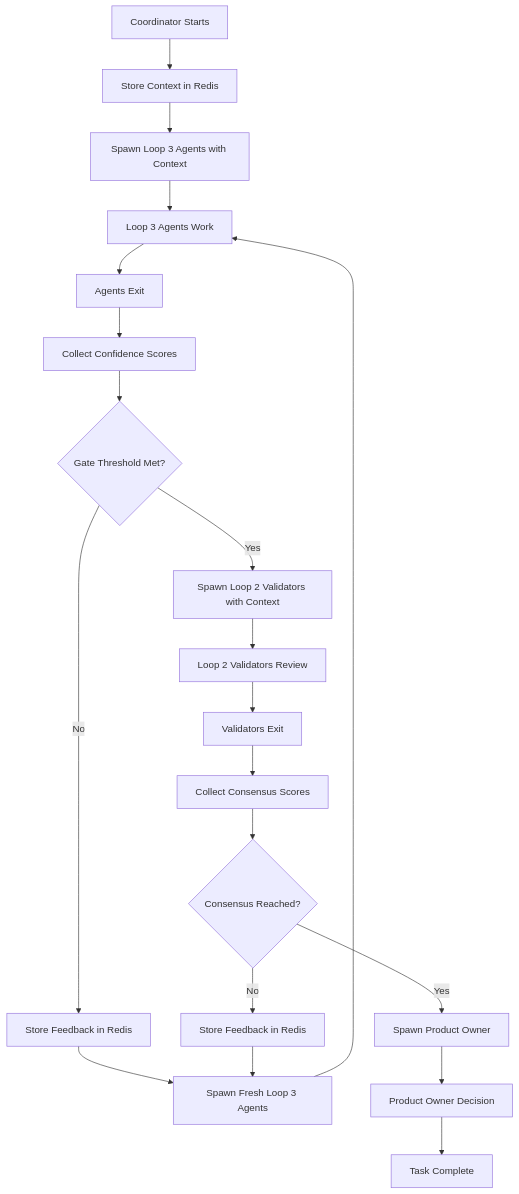
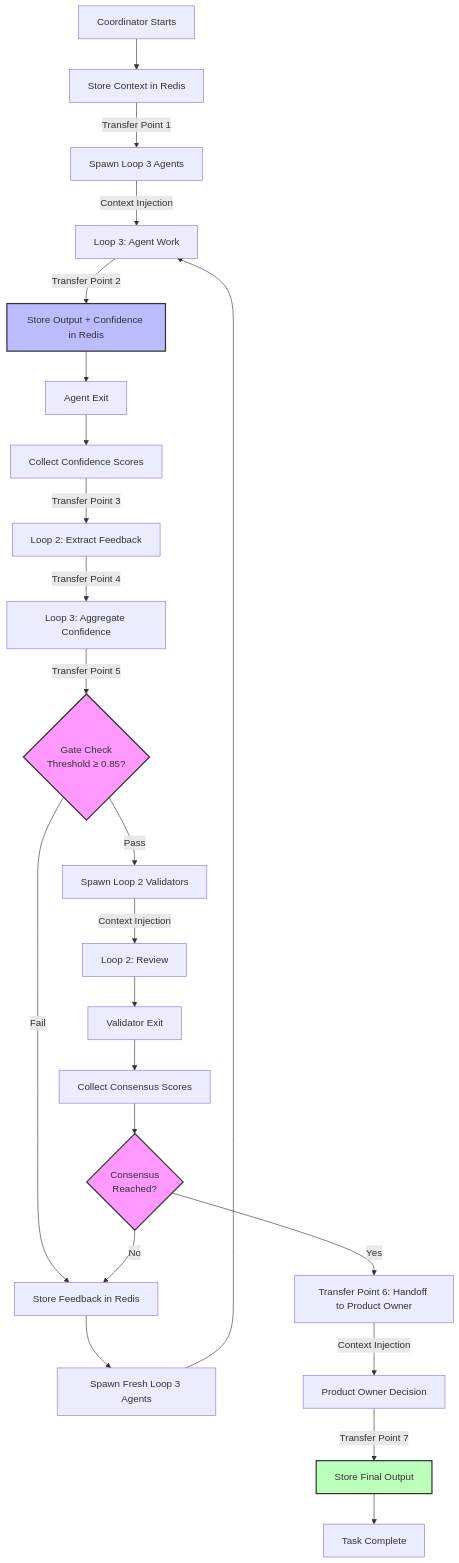
Before and after one commit to masharratt/claude-flow-novice: the second of 5 diagrams in readme/cfn-loop-flow-diagram.md, drawn with Mermaid. The commit also changed other lines of this file and 144 other files, not shown here.

````diff
--- a/readme/cfn-loop-flow-diagram.md
+++ b/readme/cfn-loop-flow-diagram.md
@@ -5,27 +77,36 @@
 ```mermaid
 graph TD
-    A[Coordinator Starts] --> B[Store Context in Redis]
-    B --> C[Spawn Loop 3 Agents with Context]
+    Start[Coordinator Starts] --> StoreContext[Store Context in Redis]
+    StoreContext --> |Transfer Point 1| SpawnL3[Spawn Loop 3 Agents]
 
-    C --> D[Loop 3 Agents Work]
-    D --> E[Agents Exit]
-    E --> F[Collect Confidence Scores]
+    SpawnL3 --> |Context Injection| L3Work[Loop 3: Agent Work]
+    L3Work --> |Transfer Point 2| StoreOutput[Store Output + Confidence in Redis]
+    StoreOutput --> L3Exit[Agent Exit]
+    L3Exit --> CollectConf[Collect Confidence Scores]
 
-    F --> G{Gate Threshold Met?}
-    G -->|No| H[Store Feedback in Redis]
-    H --> I[Spawn Fresh Loop 3 Agents]
-    I --> D
+    CollectConf --> |Transfer Point 3| ExtractFeedback[Loop 2: Extract Feedback]
+    ExtractFeedback --> |Transfer Point 4| Aggregate[Loop 3: Aggregate Confidence]
+    Aggregate --> |Transfer Point 5| GateCheck{Gate Check<br/>Threshold ≥ 0.85?}
 
-    G -->|Yes| J[Spawn Loop 2 Validators with Context]
-    J --> K[Loop 2 Validators Review]
-    K --> L[Validators Exit]
-    L --> M[Collect Consensus Scores]
+    GateCheck -->|Fail| StoreFeedback[Store Feedback in Redis]
+    StoreFeedback --> SpawnFresh[Spawn Fresh Loop 3 Agents]
+    SpawnFresh --> L3Work
 
-    M --> N{Consensus Reached?}
-    N -->|No| O[Store Feedback in Redis]
-    O --> I
+    GateCheck -->|Pass| SpawnValidators[Spawn Loop 2 Validators]
+    SpawnValidators --> |Context Injection| ValidatorReview[Loop 2: Review]
+    ValidatorReview --> ValidatorExit[Validator Exit]
+    ValidatorExit --> CollectConsensus[Collect Consensus Scores]
 
-    N -->|Yes| P[Spawn Product Owner]
-    P --> Q[Product Owner Decision]
-    Q --> R[Task Complete]
+    CollectConsensus --> ConsensusCheck{Consensus<br/>Reached?}
+    ConsensusCheck -->|No| StoreFeedback
+
+    ConsensusCheck -->|Yes| HandoffPO[Transfer Point 6: Handoff to Product Owner]
+    HandoffPO --> |Context Injection| PODecision[Product Owner Decision]
+    PODecision --> |Transfer Point 7| FinalStorage[Store Final Output]
+    FinalStorage --> Complete[Task Complete]
+
+    style GateCheck fill:#f9f,stroke:#333,stroke-width:2px
+    style ConsensusCheck fill:#f9f,stroke:#333,stroke-width:2px
+    style StoreOutput fill:#bbf,stroke:#333,stroke-width:2px
+    style FinalStorage fill:#bfb,stroke:#333,stroke-width:2px
 ```
````
